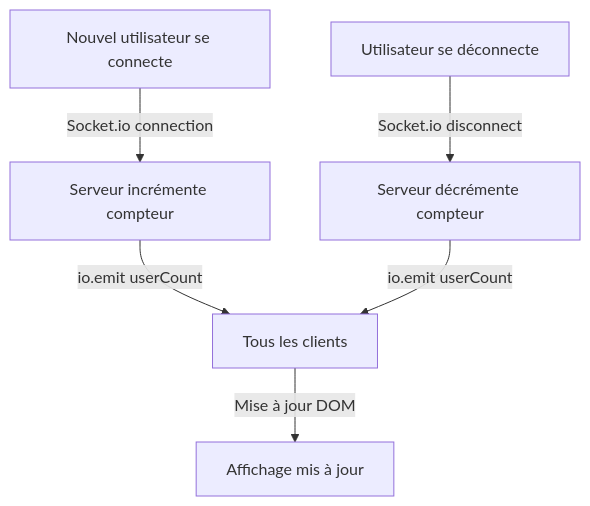
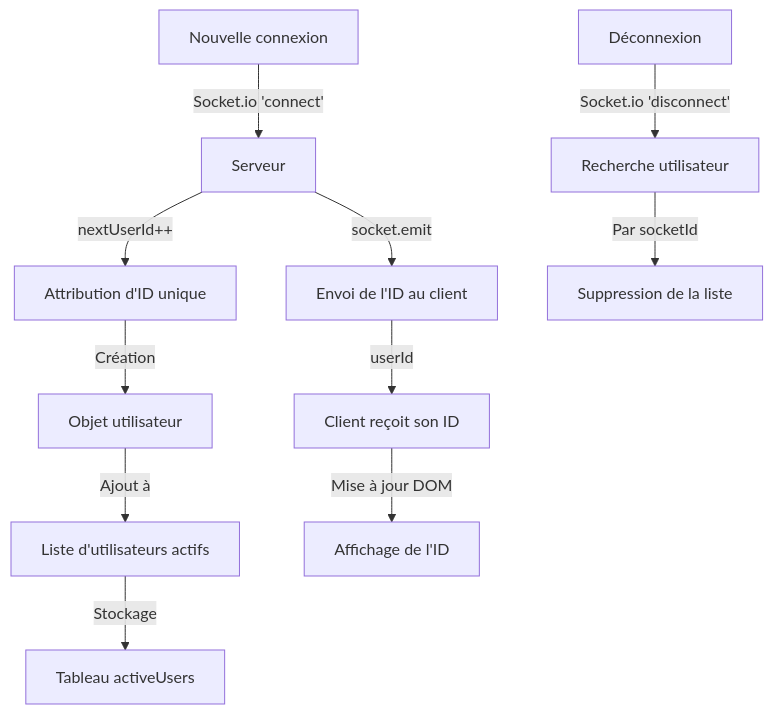
The second of 2 diagrams in docs/technical.md (nicolasmbronner/basic-websocket-prototype), drawn with Mermaid before and after one commit. The commit also changed other lines of this file and 5 other files, not shown here.

````diff
--- a/docs/technical.md
+++ b/docs/technical.md
@@ -38,9 +42,16 @@
 ```mermaid
 graph TD
-    A[Nouvel utilisateur se connecte] -->|Socket.io connection| B[Serveur incrémente compteur]
-    B -->|io.emit userCount| C[Tous les clients]
-    C -->|Mise à jour DOM| D[Affichage mis à jour]
+    A[Nouvelle connexion] -->|Socket.io 'connect'| B[Serveur]
+    B -->|nextUserId++| C[Attribution d'ID unique]
     
-    E[Utilisateur se déconnecte] -->|Socket.io disconnect| F[Serveur décrémente compteur]
-    F -->|io.emit userCount| C
+    C -->|Création| D[Objet utilisateur]
+    D -->|Ajout à| E[Liste d'utilisateurs actifs]
+    E -->|Stockage| F[Tableau activeUsers]
+    
+    B -->|socket.emit| G[Envoi de l'ID au client]
+    G -->|userId| H[Client reçoit son ID]
+    H -->|Mise à jour DOM| I[Affichage de l'ID]
+    
+    J[Déconnexion] -->|Socket.io 'disconnect'| K[Recherche utilisateur]
+    K -->|Par socketId| L[Suppression de la liste]
 ```
````
